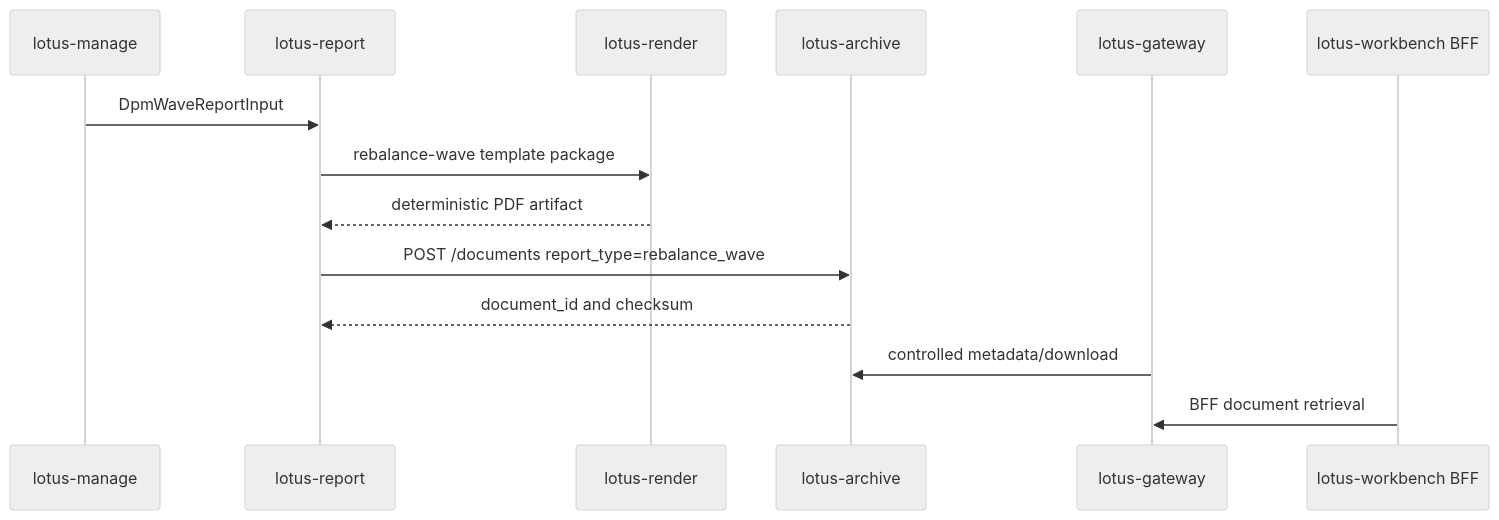
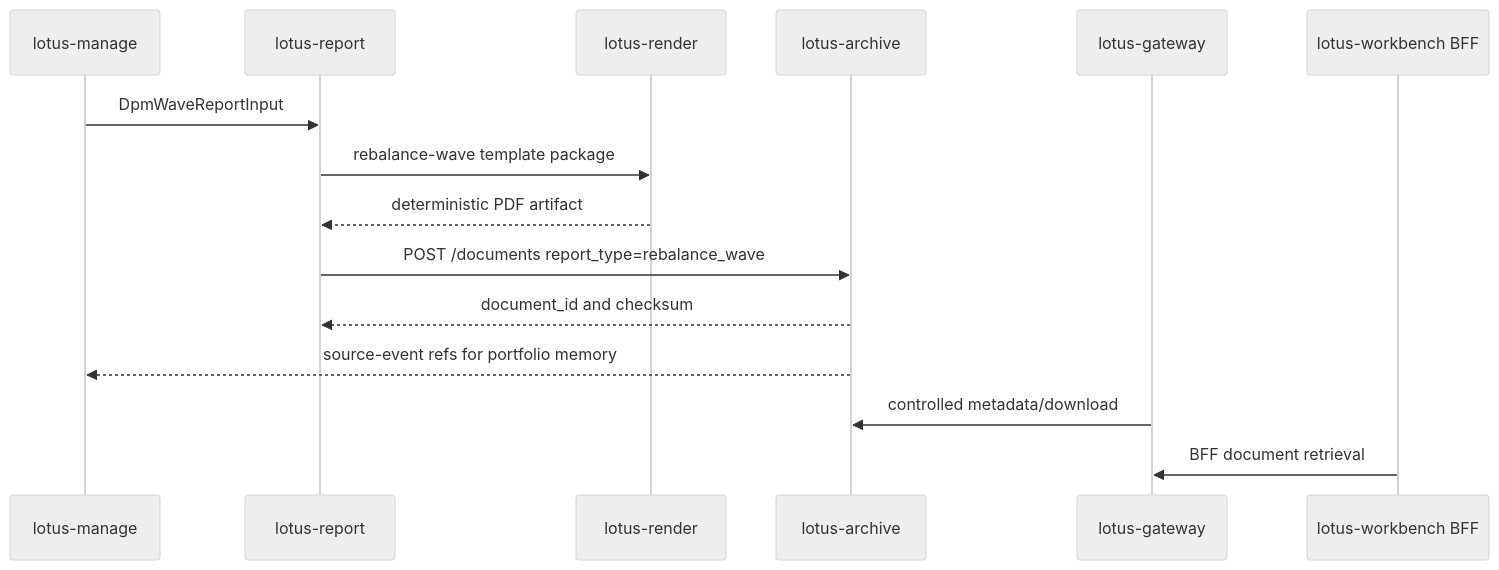
Before and after one commit to sgajbi/lotus-archive: the second of 2 diagrams in wiki/Home.md, drawn with Mermaid (neutral theme). The commit also changed other lines of this file and 16 other files, not shown here.

Commit message:
Add archive document source events

````diff
--- a/wiki/Home.md
+++ b/wiki/Home.md
@@ -61,17 +65,18 @@
 ```mermaid
 sequenceDiagram
     participant Manage as lotus-manage
     participant Report as lotus-report
     participant Render as lotus-render
     participant Archive as lotus-archive
     participant Gateway as lotus-gateway
     participant Workbench as lotus-workbench BFF
 
     Manage->>Report: DpmWaveReportInput
     Report->>Render: rebalance-wave template package
     Render-->>Report: deterministic PDF artifact
     Report->>Archive: POST /documents report_type=rebalance_wave
     Archive-->>Report: document_id and checksum
+    Archive-->>Manage: source-event refs for portfolio memory
     Gateway->>Archive: controlled metadata/download
     Workbench->>Gateway: BFF document retrieval
 ```
````
